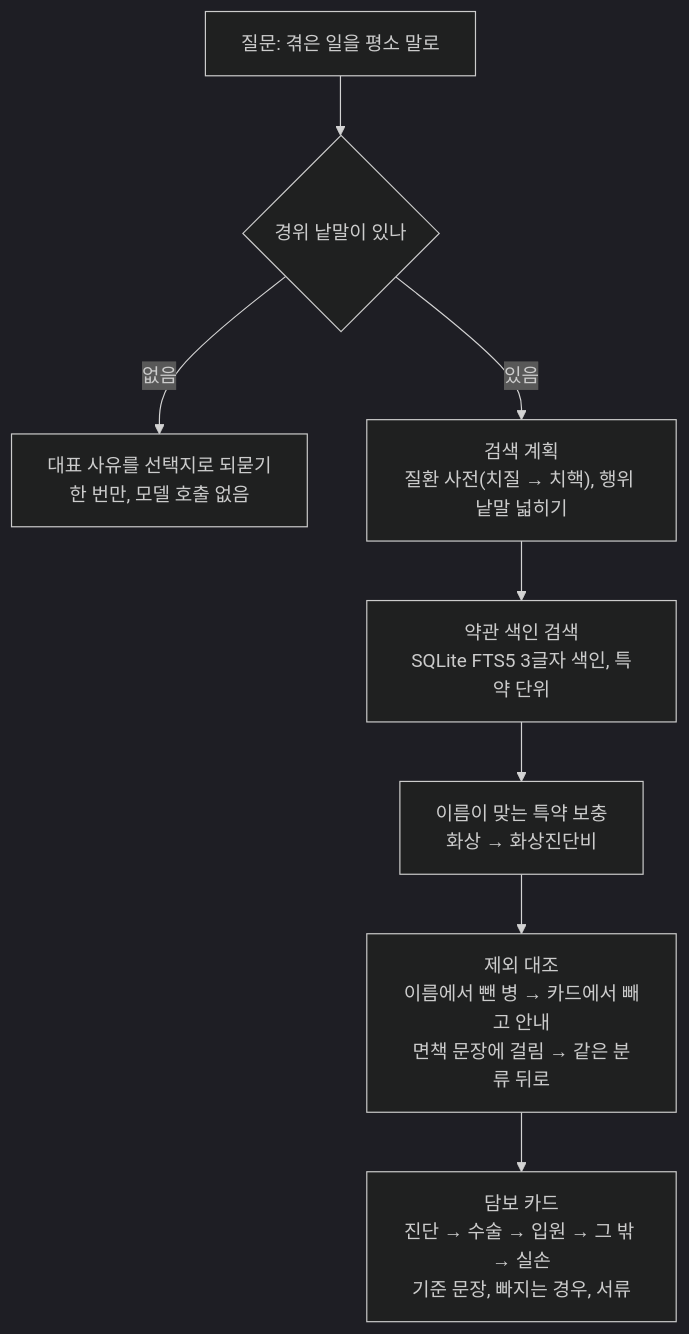
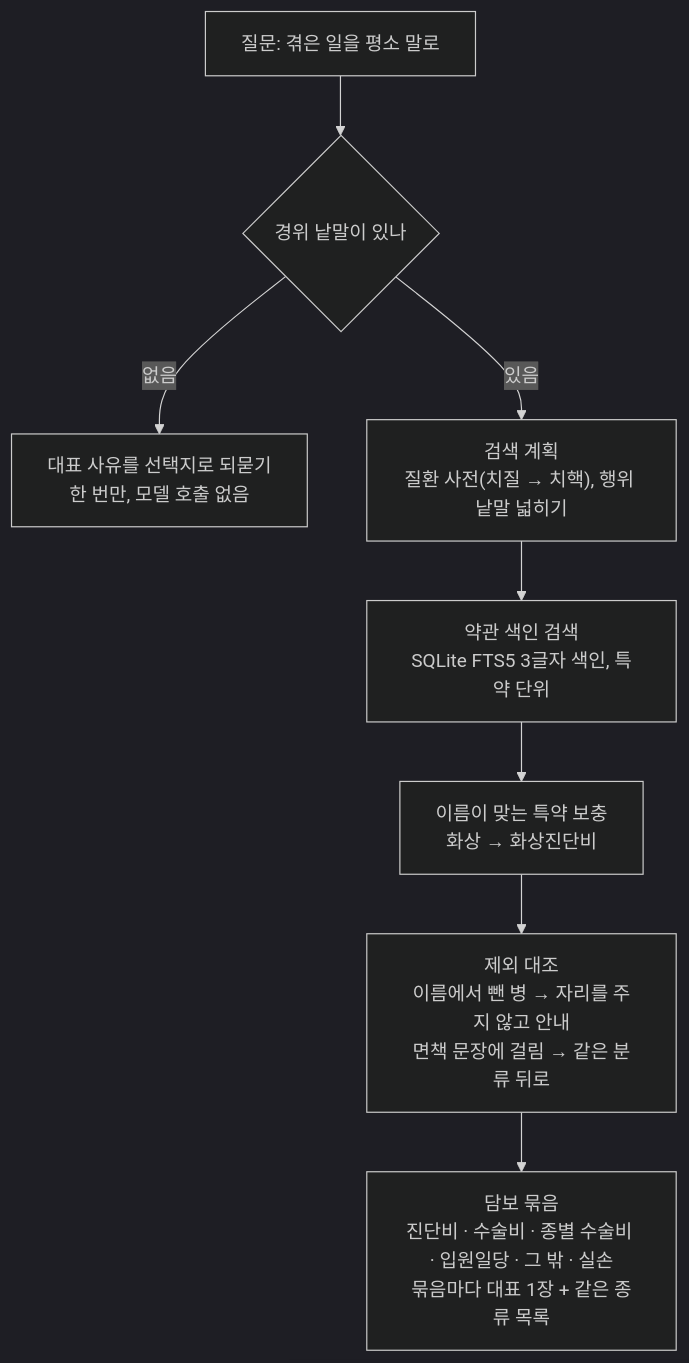
One commit to wpalswpa/foundshu-rag-evidence changed the first of 2 diagrams in README.md. Above: the diagram before and after it, drawn with Mermaid (dark theme). The commit also changed other lines of this file and 5 other files, not shown here.

````diff
--- a/README.md
+++ b/README.md
@@ -33,10 +33,10 @@
 ```mermaid
 flowchart TD
   Q["질문: 겪은 일을 평소 말로"] --> C{"경위 낱말이 있나"}
   C -->|"없음"| K["대표 사유를 선택지로 되묻기<br>한 번만, 모델 호출 없음"]
   C -->|"있음"| P["검색 계획<br>질환 사전(치질 → 치핵), 행위 낱말 넓히기"]
   P --> S["약관 색인 검색<br>SQLite FTS5 3글자 색인, 특약 단위"]
   S --> N["이름이 맞는 특약 보충<br>화상 → 화상진단비"]
-  N --> X["제외 대조<br>이름에서 뺀 병 → 카드에서 빼고 안내<br>면책 문장에 걸림 → 같은 분류 뒤로"]
-  X --> R["담보 카드<br>진단 → 수술 → 입원 → 그 밖 → 실손<br>기준 문장, 빠지는 경우, 서류"]
+  N --> X["제외 대조<br>이름에서 뺀 병 → 자리를 주지 않고 안내<br>면책 문장에 걸림 → 같은 분류 뒤로"]
+  X --> G["담보 묶음<br>진단비 · 수술비 · 종별 수술비 · 입원일당 · 그 밖 · 실손<br>묶음마다 대표 1장 + 같은 종류 목록"]
 ```
````
